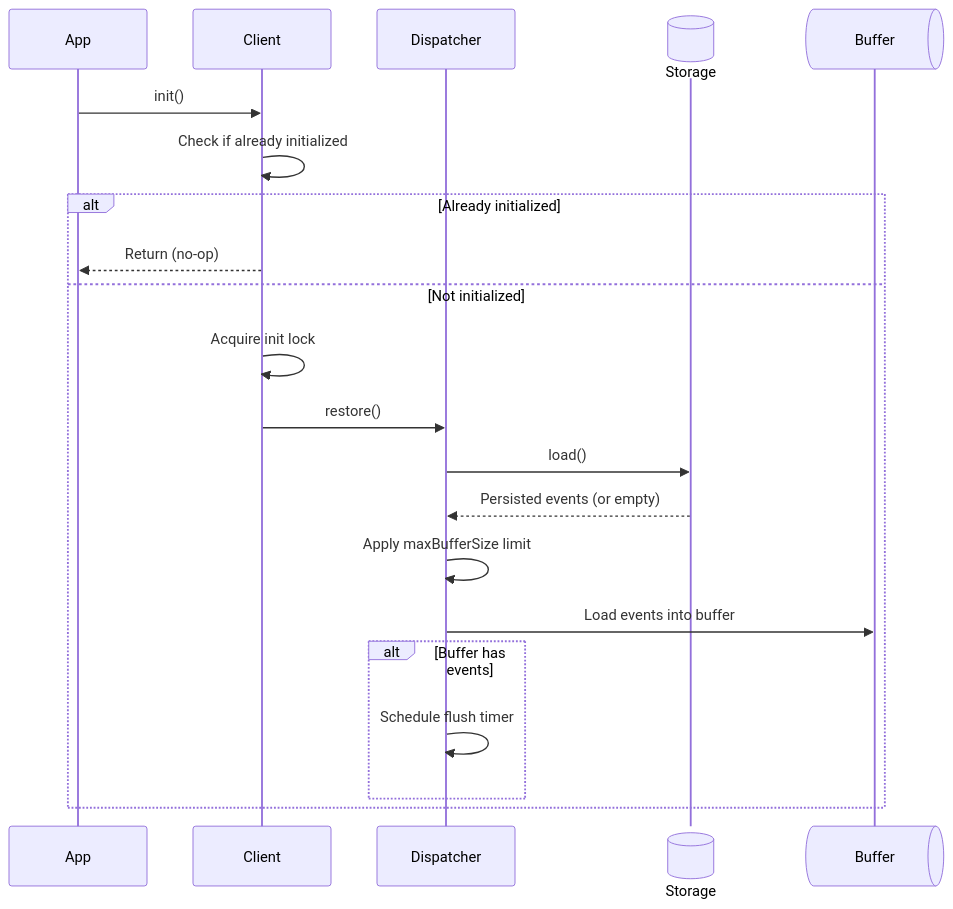
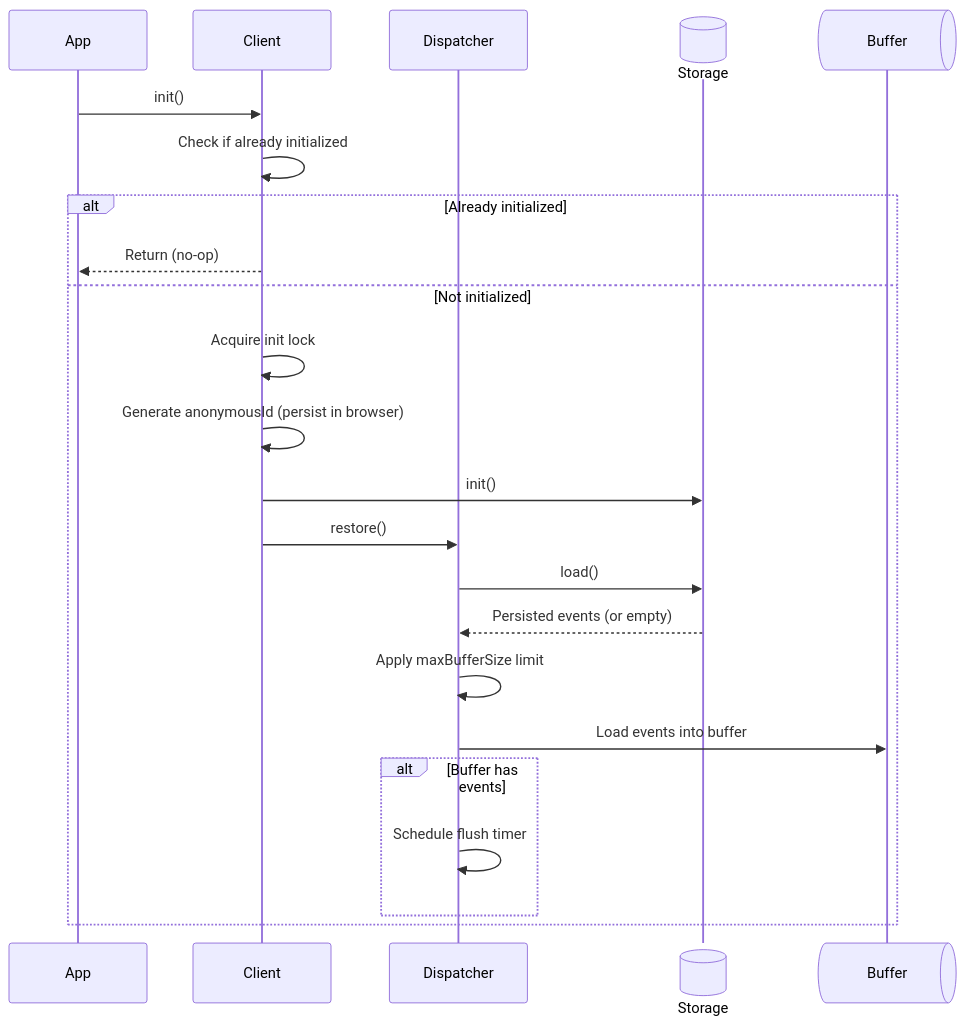
One commit to Tap30/ripple changed the first of 9 diagrams in DESIGN_AND_CONTRACTS.md. Above: the diagram before and after it, drawn with Mermaid. The commit also changed other lines of this file and 4 other files, not shown here.

````diff
--- a/DESIGN_AND_CONTRACTS.md
+++ b/DESIGN_AND_CONTRACTS.md
@@ -228,24 +313,26 @@
 ```mermaid
 sequenceDiagram
     participant App
     participant Client
     participant Dispatcher
     participant Storage@{ "type" : "database" }
     participant Buffer@{ "type" : "queue" }
 
     App->>Client: init()
     Client->>Client: Check if already initialized
     alt Already initialized
         Client-->>App: Return (no-op)
     else Not initialized
         Client->>Client: Acquire init lock
+        Client->>Client: Generate anonymousId (persist in browser)
+        Client->>Storage: init()
         Client->>Dispatcher: restore()
         Dispatcher->>Storage: load()
         Storage-->>Dispatcher: Persisted events (or empty)
         Dispatcher->>Dispatcher: Apply maxBufferSize limit
         Dispatcher->>Buffer: Load events into buffer
         alt Buffer has events
             Dispatcher->>Dispatcher: Schedule flush timer
         end
     end
 ```
````
